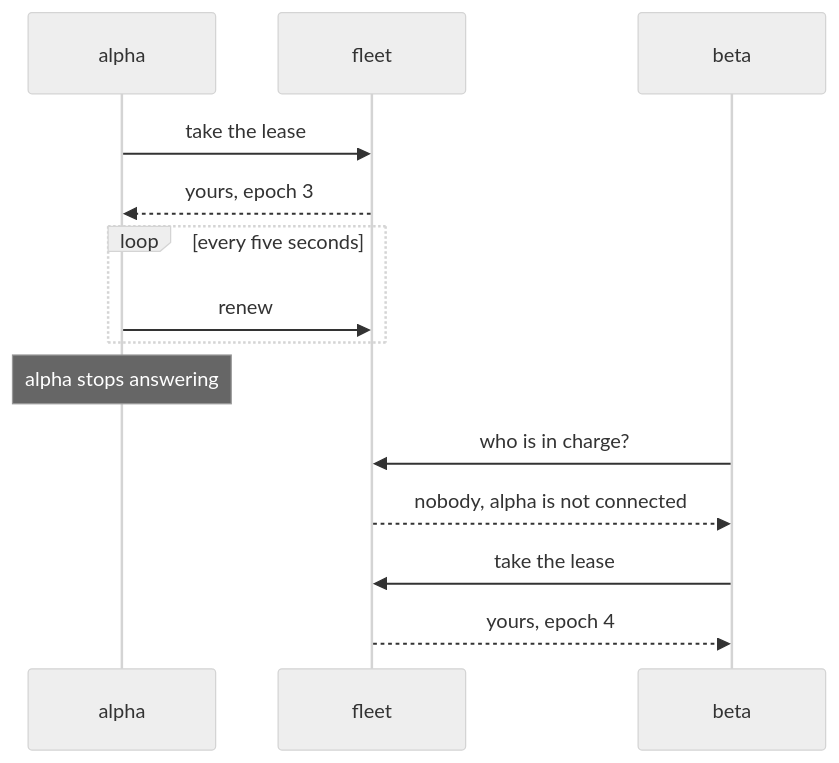
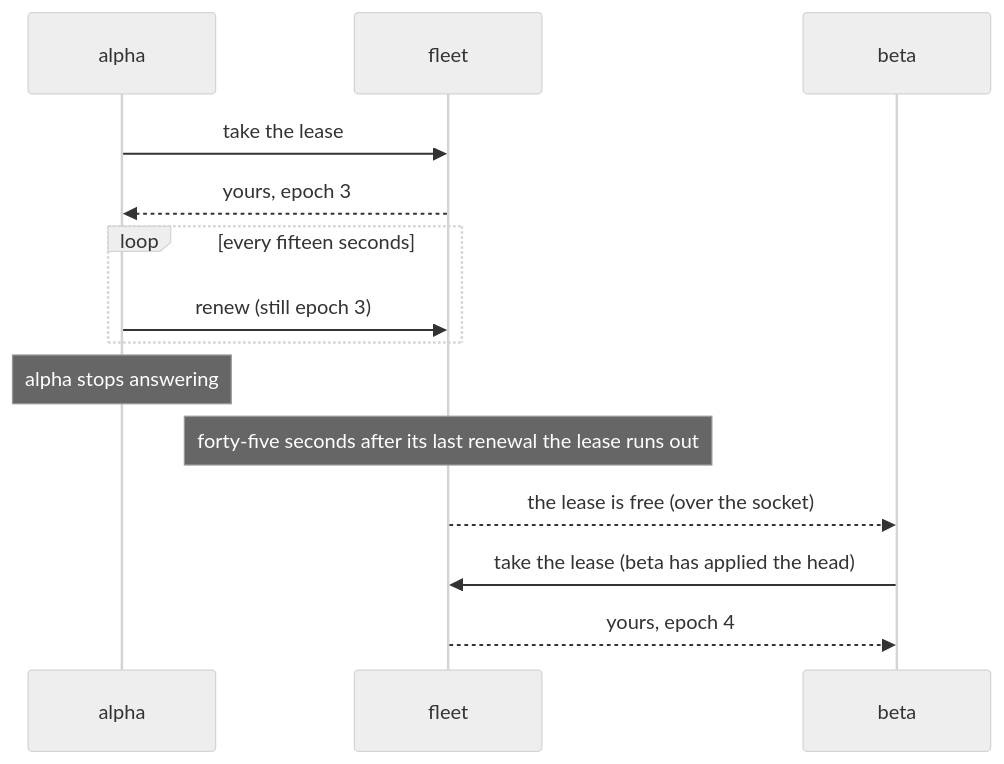
One commit to Tuanm/prime changed the second of 3 diagrams in docs/fleets.md. Above: the diagram before and after it, drawn with Mermaid (neutral theme).

Commit message:
docs(fleets): the lease diagram shows a renewal every fifteen seconds and a takeover when the lease runs out
The sequence under "One is in charge" said the holder renews every five seconds and that a
replica takes over when the fleet answers that the holder is not connected. The lease is
forty-five seconds and is renewed every fifteen, as the text above it says, and a holder that
stops answering loses its place when the lease runs out: the fleet then tells the members over
their socket that it is free, and a member that has applied the head takes it under the next
epoch. Renewals keep the epoch.

````diff
--- a/docs/fleets.md
+++ b/docs/fleets.md
@@ -48,16 +48,16 @@
 ```mermaid
 sequenceDiagram
   participant A as alpha
   participant F as fleet
   participant B as beta
   A->>F: take the lease
   F-->>A: yours, epoch 3
-  loop every five seconds
-    A->>F: renew
+  loop every fifteen seconds
+    A->>F: renew (still epoch 3)
   end
   Note over A: alpha stops answering
-  B->>F: who is in charge?
-  F-->>B: nobody, alpha is not connected
-  B->>F: take the lease
+  Note over F: forty-five seconds after its last renewal the lease runs out
+  F-->>B: the lease is free (over the socket)
+  B->>F: take the lease (beta has applied the head)
   F-->>B: yours, epoch 4
 ```
````
